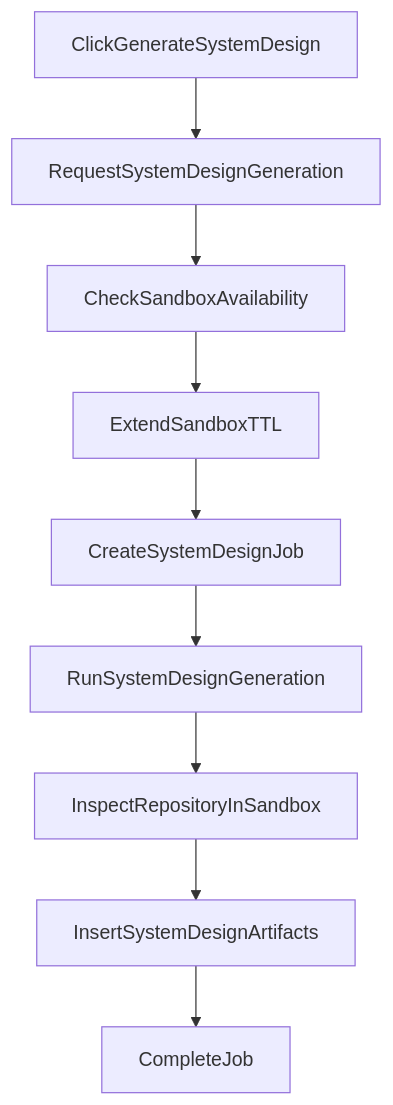
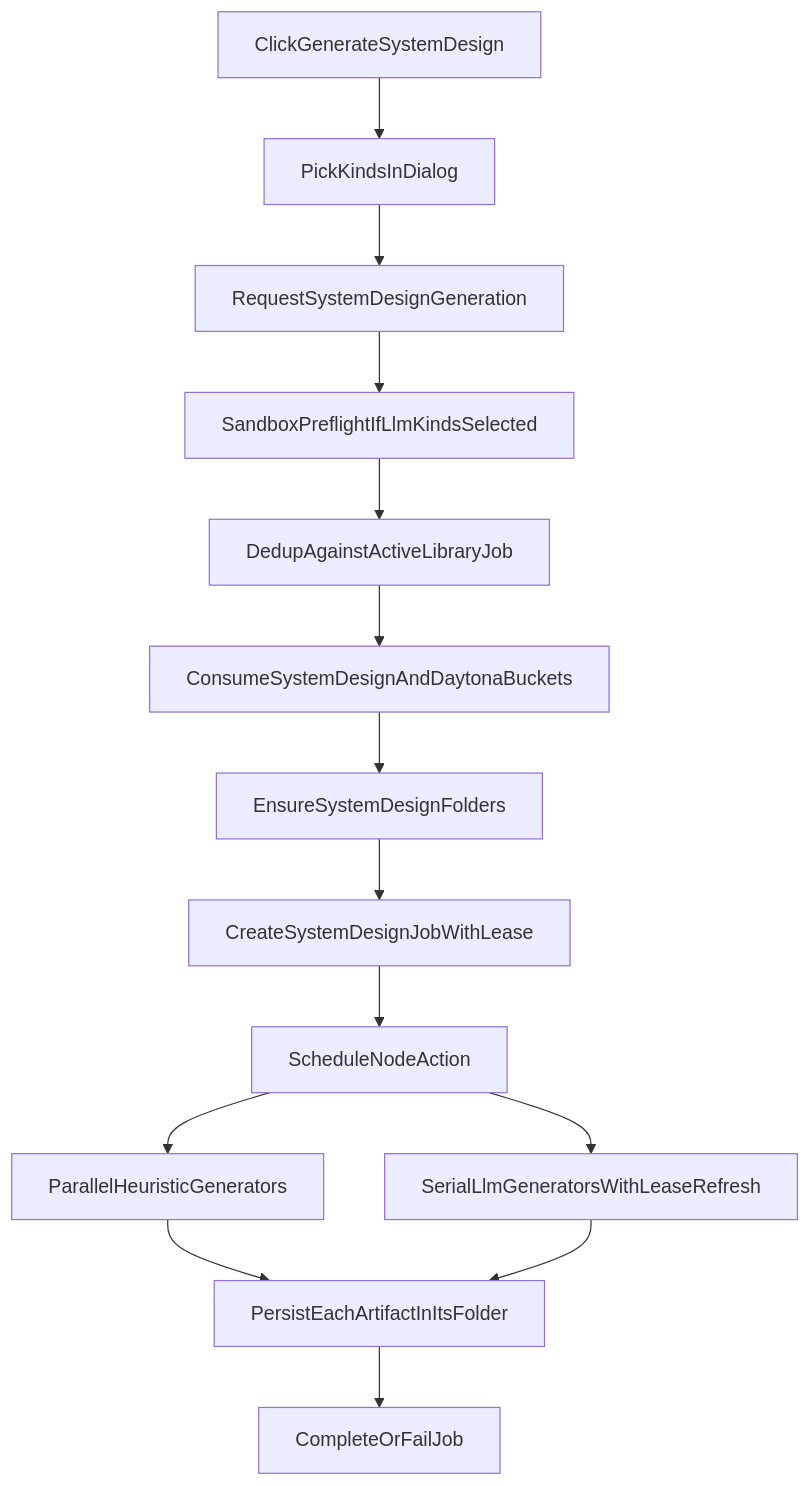
One commit to EricTsai83/systify changed the third of 3 diagrams in docs/chat-and-analysis-pipeline.md. Above: the diagram before and after it, drawn with Mermaid. The commit also changed other lines of this file and 6 other files, not shown here.

First line of the commit message:
Parallelize heuristic System Design and add rate limiting

````diff
--- a/docs/chat-and-analysis-pipeline.md
+++ b/docs/chat-and-analysis-pipeline.md
@@ -205,21 +205,30 @@
 ```mermaid
 flowchart TD
   Click[ClickGenerateSystemDesign]
+  Dialog[PickKindsInDialog]
   Request[RequestSystemDesignGeneration]
-  CheckSandbox[CheckSandboxAvailability]
-  ExtendTTL[ExtendSandboxTTL]
-  CreateJob[CreateSystemDesignJob]
-  RunNodeAction[RunSystemDesignGeneration]
-  FocusedInspection[InspectRepositoryInSandbox]
-  PersistArtifacts[InsertSystemDesignArtifacts]
-  Finish[CompleteJob]
+  Preflight[SandboxPreflightIfLlmKindsSelected]
+  Dedup[DedupAgainstActiveLibraryJob]
+  RateLimit[ConsumeSystemDesignAndDaytonaBuckets]
+  SeedFolders[EnsureSystemDesignFolders]
+  CreateJob[CreateSystemDesignJobWithLease]
+  Schedule[ScheduleNodeAction]
+  HeuristicPass[ParallelHeuristicGenerators]
+  LlmPass[SerialLlmGeneratorsWithLeaseRefresh]
+  Persist[PersistEachArtifactInItsFolder]
+  Finish[CompleteOrFailJob]
 
-  Click --> Request
-  Request --> CheckSandbox
-  CheckSandbox --> ExtendTTL
-  ExtendTTL --> CreateJob
-  CreateJob --> RunNodeAction
-  RunNodeAction --> FocusedInspection
-  FocusedInspection --> PersistArtifacts
-  PersistArtifacts --> Finish
+  Click --> Dialog
+  Dialog --> Request
+  Request --> Preflight
+  Preflight --> Dedup
+  Dedup --> RateLimit
+  RateLimit --> SeedFolders
+  SeedFolders --> CreateJob
+  CreateJob --> Schedule
+  Schedule --> HeuristicPass
+  Schedule --> LlmPass
+  HeuristicPass --> Persist
+  LlmPass --> Persist
+  Persist --> Finish
 ```
````
